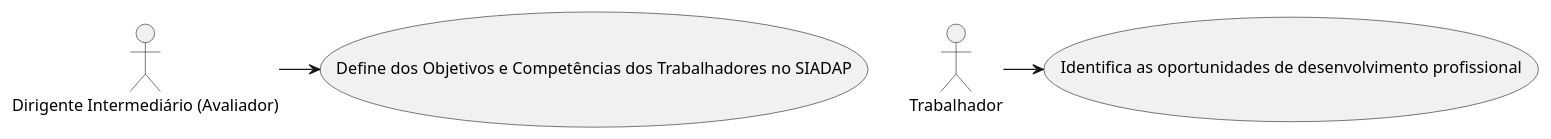
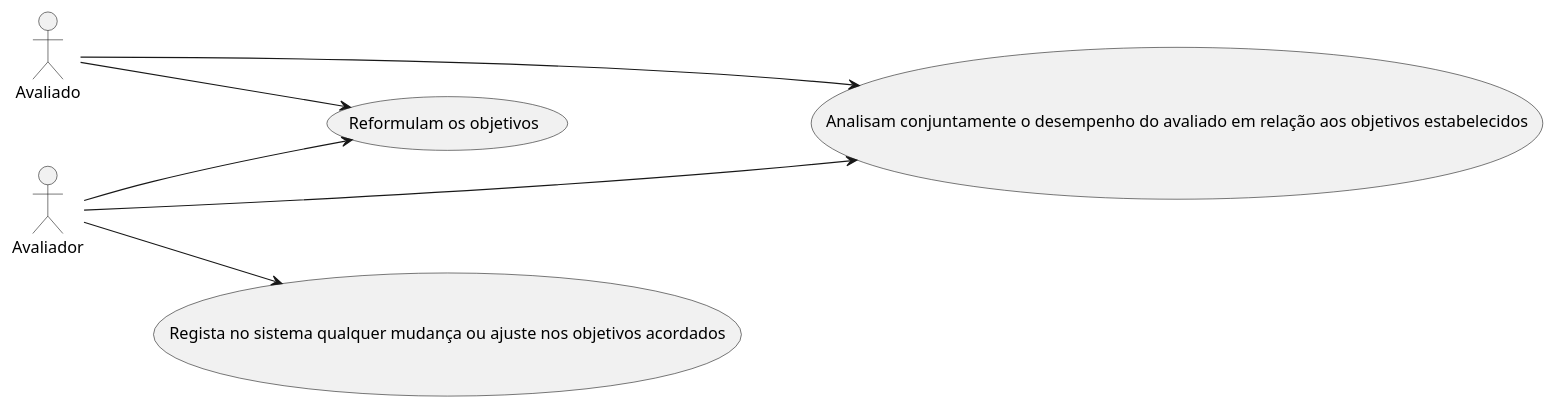
One commit to aliceresende/INFOR-ISEP changed the diagram in UC/Uses Cases.puml. Above: the diagram before and after it, drawn with PlantUML. The commit also changed 2 other files, not shown here.

Commit message:
Use cases diagram

```diff
--- a/UC/Uses Cases.puml
+++ b/UC/Uses Cases.puml
@@ -1,8 +1,11 @@
 @startuml
 'https://plantuml.com/use-case-diagram
+left to right direction
+"Avaliador" --> (Regista no sistema qualquer mudança ou ajuste nos objetivos acordados)
+"Avaliador" ---> (Analisam conjuntamente o desempenho do avaliado em relação aos objetivos estabelecidos)
+"Avaliador" --> (Reformulam os objetivos)
 
-"Dirigente Intermediário (Avaliador)" -> (Define dos Objetivos e Competências dos Trabalhadores no SIADAP)
-
-"Trabalhador" -> (Identifica as oportunidades de desenvolvimento profissional)
+"Avaliado" -> (Analisam conjuntamente o desempenho do avaliado em relação aos objetivos estabelecidos)
+"Avaliado" --> (Reformulam os objetivos)
 
 @enduml
```
